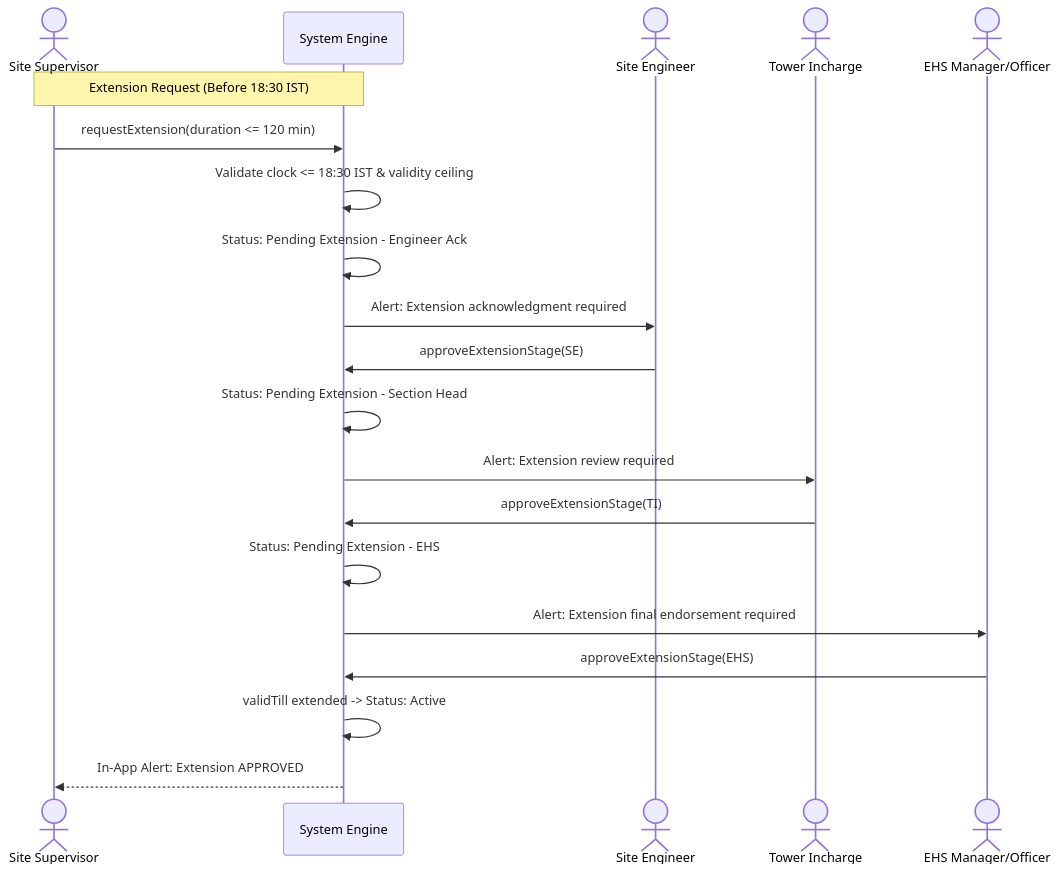
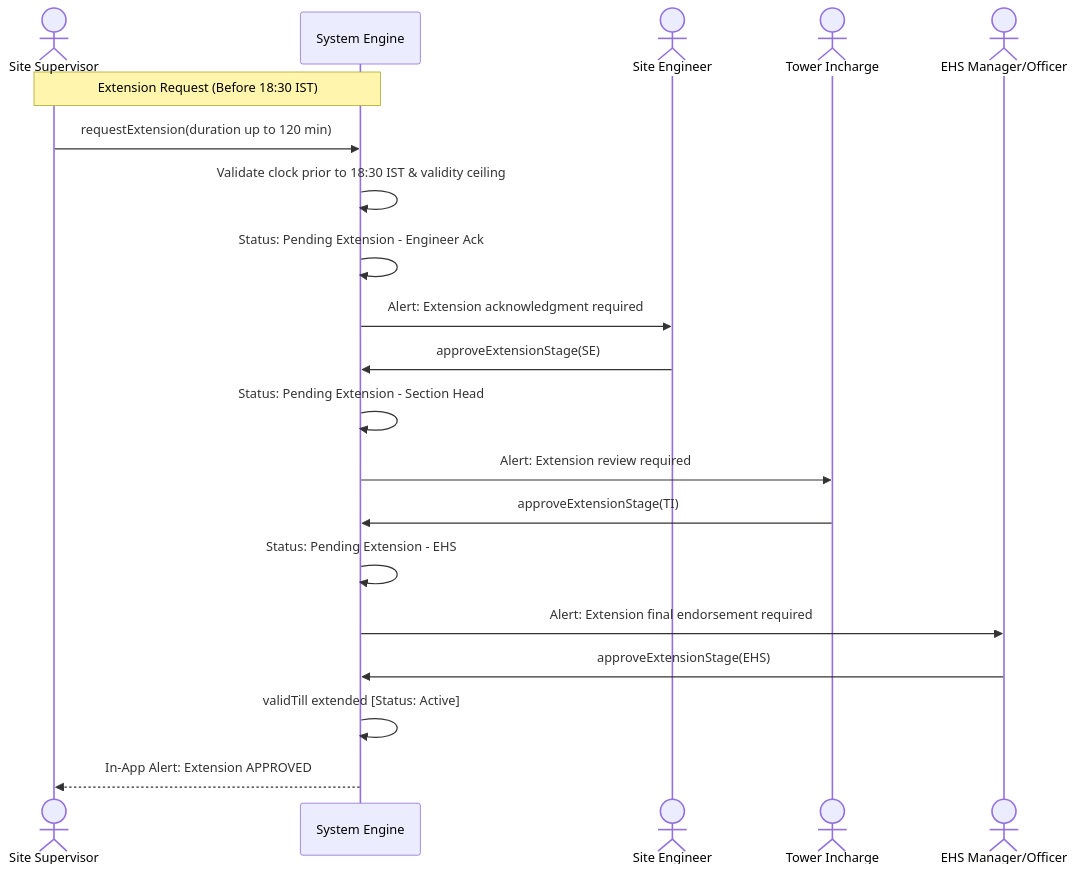
Before and after one commit to AuroGroupAutomationBot/ARPL-EHS-Demo: diagram 24 of 32 in README.md, drawn with Mermaid. The commit also changed other lines of this file, not shown here.

````diff
--- a/README.md
+++ b/README.md
@@ -1753,26 +1852,26 @@
 ```mermaid
 sequenceDiagram
     actor SS as Site Supervisor
     participant SYS as System Engine
     actor SE as Site Engineer
     actor TI as Tower Incharge
     actor EHS as EHS Manager/Officer
 
     Note over SS,SYS: Extension Request (Before 18:30 IST)
-    SS->>SYS: requestExtension(duration <= 120 min)
-    SYS->>SYS: Validate clock <= 18:30 IST & validity ceiling
+    SS->>SYS: requestExtension(duration up to 120 min)
+    SYS->>SYS: Validate clock prior to 18:30 IST & validity ceiling
     SYS->>SYS: Status: Pending Extension - Engineer Ack
     SYS->>SE: Alert: Extension acknowledgment required
 
     SE->>SYS: approveExtensionStage(SE)
     SYS->>SYS: Status: Pending Extension - Section Head
     SYS->>TI: Alert: Extension review required
 
     TI->>SYS: approveExtensionStage(TI)
     SYS->>SYS: Status: Pending Extension - EHS
     SYS->>EHS: Alert: Extension final endorsement required
 
     EHS->>SYS: approveExtensionStage(EHS)
-    SYS->>SYS: validTill extended -> Status: Active
+    SYS->>SYS: validTill extended [Status: Active]
     SYS-->>SS: In-App Alert: Extension APPROVED
 ```
````
